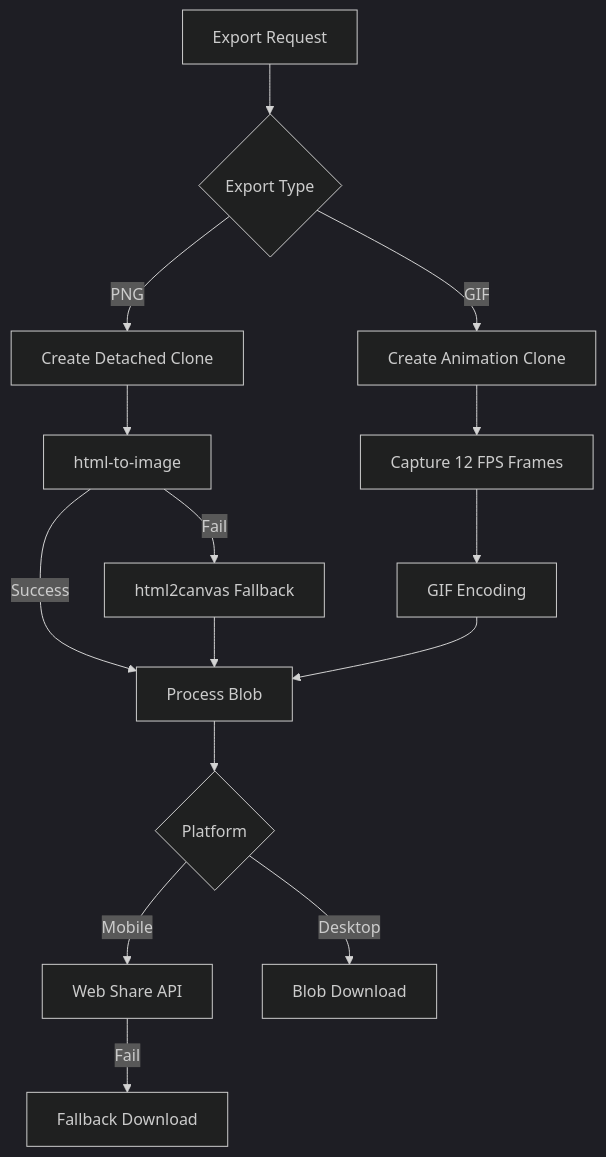
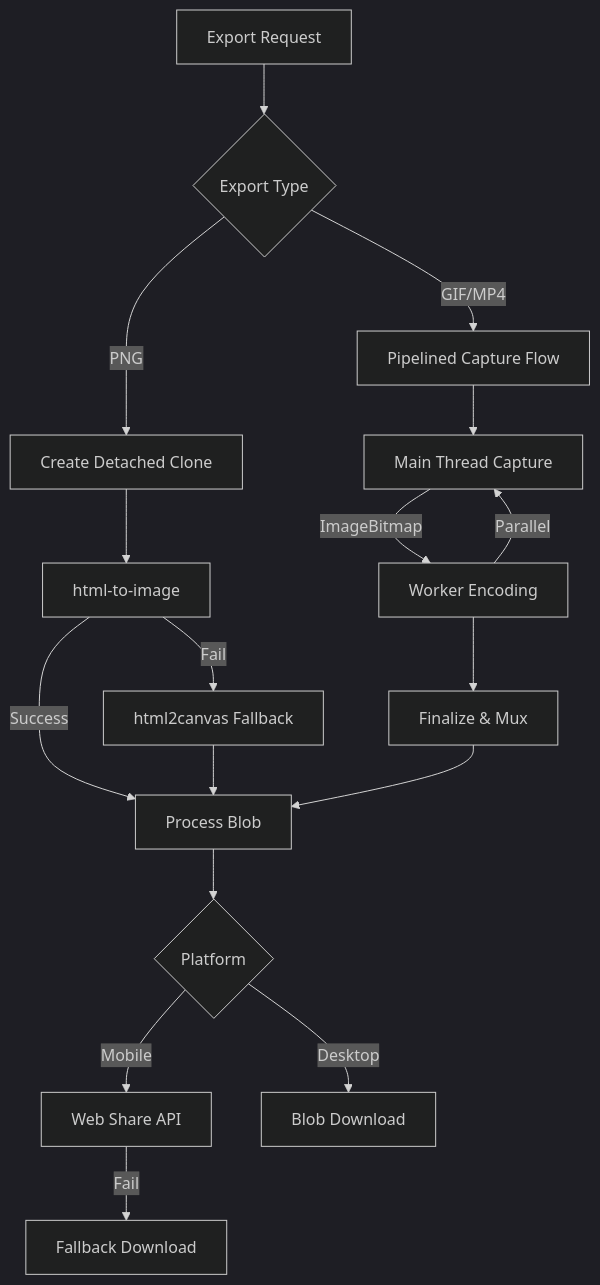
The second of 5 diagrams in README.md (stussysenik/v0-ipod), drawn with Mermaid (dark theme) before and after one commit. The commit also changed other lines of this file and 14 other files, not shown here.

Commit message:
feat: optimize animated export with pipelined flow and add battery discharge cycle

````diff
--- a/README.md
+++ b/README.md
@@ -70,17 +71,19 @@
 ```mermaid
 flowchart TD
     A[Export Request] --> B{Export Type}
     B -->|PNG| C[Create Detached Clone]
-    B -->|GIF| D[Create Animation Clone]
+    B -->|GIF/MP4| D[Pipelined Capture Flow]
     C --> E[html-to-image]
     E -->|Success| F[Process Blob]
     E -->|Fail| G[html2canvas Fallback]
     G --> F
-    D --> H[Capture 12 FPS Frames]
-    H --> I[GIF Encoding]
-    I --> F
-    F --> J{Platform}
-    J -->|Mobile| K[Web Share API]
-    J -->|Desktop| L[Blob Download]
-    K -->|Fail| M[Fallback Download]
+    D --> H[Main Thread Capture]
+    H -->|ImageBitmap| I[Worker Encoding]
+    I -->|Parallel| H
+    I --> J[Finalize & Mux]
+    J --> F
+    F --> K{Platform}
+    K -->|Mobile| L[Web Share API]
+    K -->|Desktop| M[Blob Download]
+    L -->|Fail| N[Fallback Download]
 ```
````
